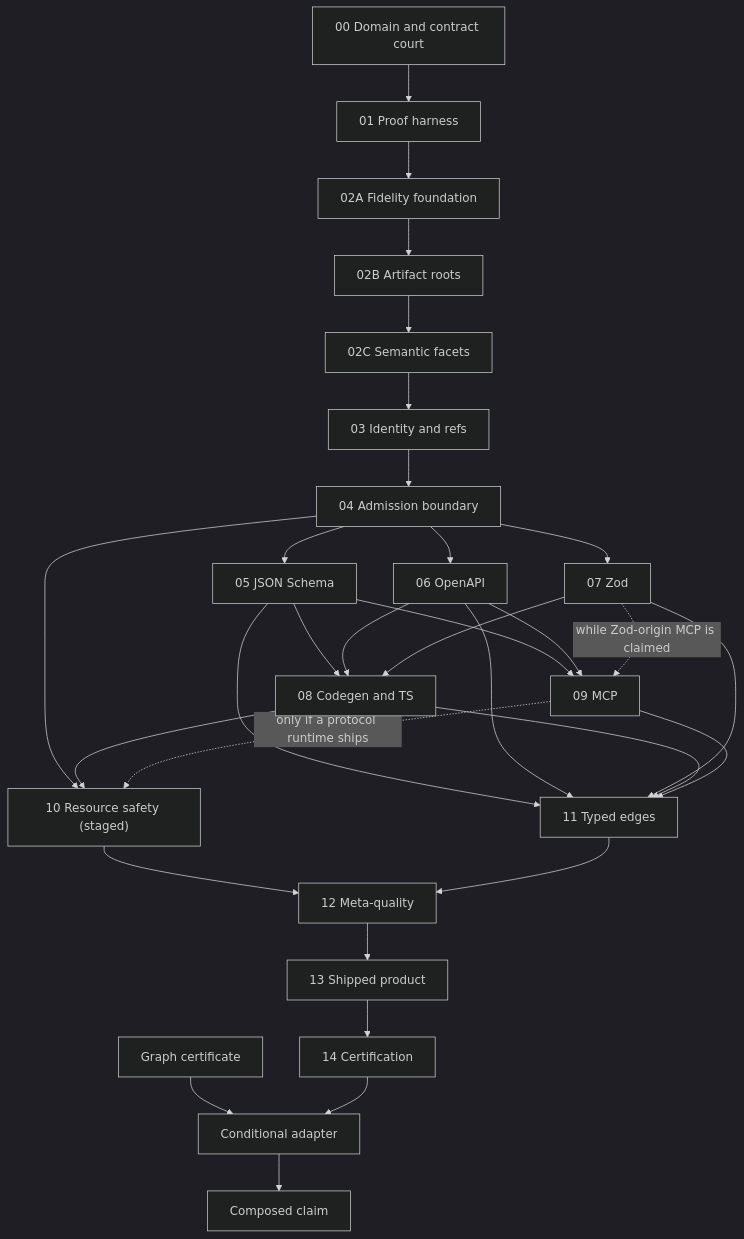
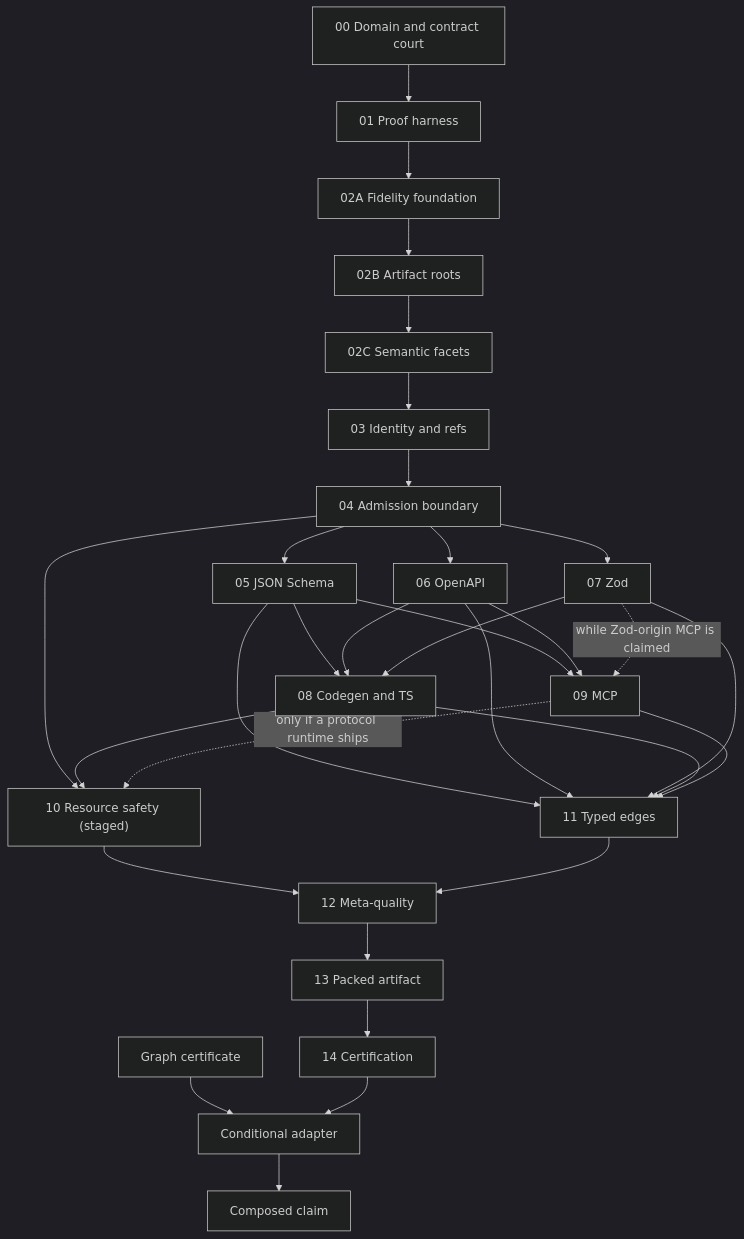
Before and after one commit to EngraphCode/castr: the first of 2 diagrams in .agent/report/castr-completeness-losslessness-proof-programme-2026-08-21.md, drawn with Mermaid (dark theme). The commit also changed other lines of this file and 4 other files, not shown here.

Commit message:
docs(plans): reconcile JSON Schema roadmap authority

````diff
--- a/.agent/report/castr-completeness-losslessness-proof-programme-2026-08-21.md
+++ b/.agent/report/castr-completeness-losslessness-proof-programme-2026-08-21.md
@@ -669,33 +670,33 @@
 ```mermaid
 flowchart TD
     T00["00 Domain and contract court"] --> T01["01 Proof harness"]
     T01 --> T02["02A Fidelity foundation"]
     T02 --> T02B["02B Artifact roots"]
     T02B --> T02C["02C Semantic facets"]
     T02C --> T03["03 Identity and refs"]
     T03 --> T04["04 Admission boundary"]
     T04 --> D1["05 JSON Schema"]
     T04 --> D2["06 OpenAPI"]
     T04 --> D3["07 Zod"]
     D1 --> D4["08 Codegen and TS"]
     D2 --> D4
     D3 --> D4
     D1 --> D5["09 MCP"]
     D2 --> D5
     D3 -.->|"while Zod-origin MCP is claimed"| D5
     T04 --> T10["10 Resource safety (staged)"]
     D4 --> T10
     D5 -.->|"only if a protocol runtime ships"| T10
     D1 --> T11["11 Typed edges"]
     D2 --> T11
     D3 --> T11
     D4 --> T11
     D5 --> T11
     T10 --> T12["12 Meta-quality"]
     T11 --> T12
-    T12 --> T13["13 Shipped product"]
+    T12 --> T13["13 Packed artifact"]
     T13 --> T14["14 Certification"]
     G["Graph certificate"] --> GA["Conditional adapter"]
     T14 --> GA
     GA --> GC["Composed claim"]
 ```
````
